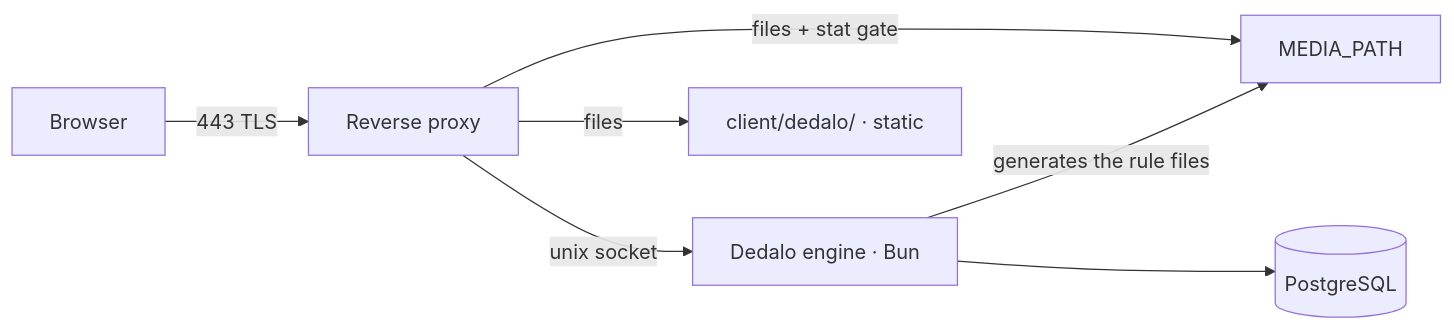
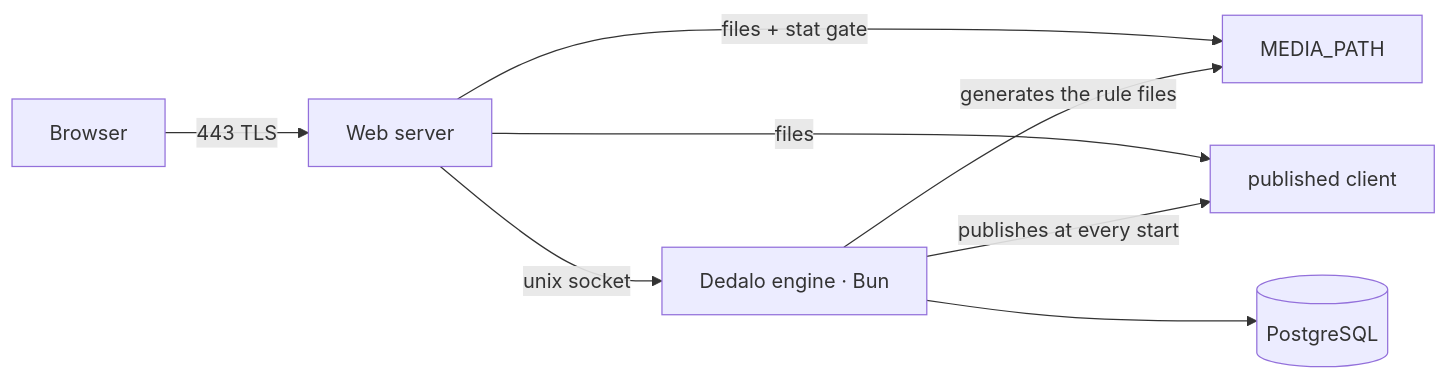
The diagram in docs/install/reverse_proxy.md (renderpci/dedalo), drawn with Mermaid before and after one commit. The commit also changed other lines of this file and 66 other files, not shown here.

````diff
--- a/docs/install/reverse_proxy.md
+++ b/docs/install/reverse_proxy.md
@@ -14,9 +9,10 @@
 ```mermaid
 flowchart LR
-    B[Browser] -->|443 TLS| P[Reverse proxy]
+    B[Browser] -->|443 TLS| P[Web server]
     P -->|unix socket| D[Dedalo engine · Bun]
-    P -->|files| C[client/dedalo/ · static]
+    P -->|files| C[published client]
     P -->|files + stat gate| M[MEDIA_PATH]
     D -->|generates the rule files| M
+    D -->|publishes at every start| C
     D --> PG[(PostgreSQL)]
 ```
````
